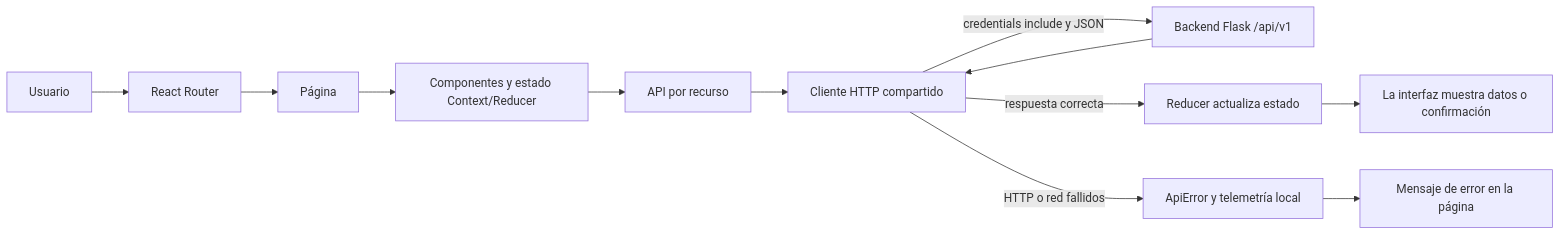
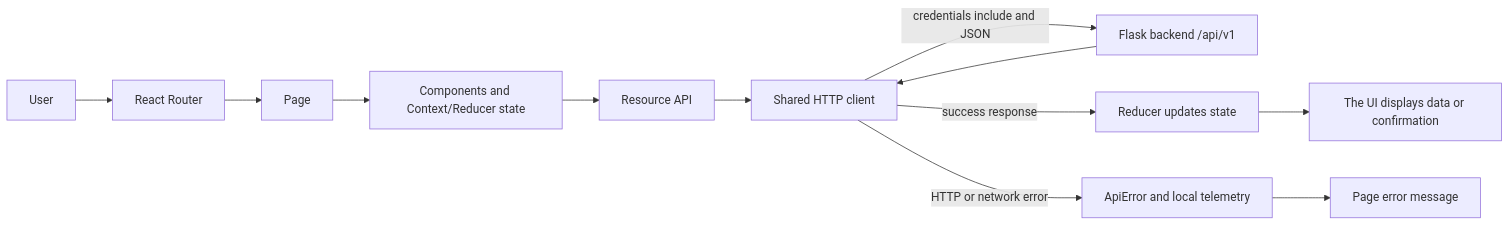
The first of 2 diagrams in frontend/README.md (Deiwin-Ignacio-Monsalve-Altamar/mis-eventos-platform), drawn with Mermaid before and after one commit. The commit also changed other lines of this file and 7 other files, not shown here.

````diff
--- a/frontend/README.md
+++ b/frontend/README.md
@@ -14,14 +14,14 @@
 ```mermaid
 flowchart LR
-    U[Usuario] --> R[React Router]
-    R --> P[Página]
-    P --> C[Componentes y estado Context/Reducer]
-    C --> A[API por recurso]
-    A --> H[Cliente HTTP compartido]
-    H -->|credentials include y JSON| B[Backend Flask /api/v1]
+    U[User] --> R[React Router]
+    R --> P[Page]
+    P --> C[Components and Context/Reducer state]
+    C --> A[Resource API]
+    A --> H[Shared HTTP client]
+    H -->|credentials include and JSON| B[Flask backend /api/v1]
     B --> H
-    H -->|respuesta correcta| S[Reducer actualiza estado]
-    S --> UI[La interfaz muestra datos o confirmación]
-    H -->|HTTP o red fallidos| E[ApiError y telemetría local]
-    E --> F[Mensaje de error en la página]
+    H -->|success response| S[Reducer updates state]
+    S --> UI[The UI displays data or confirmation]
+    H -->|HTTP or network error| E[ApiError and local telemetry]
+    E --> F[Page error message]
 ```
````
